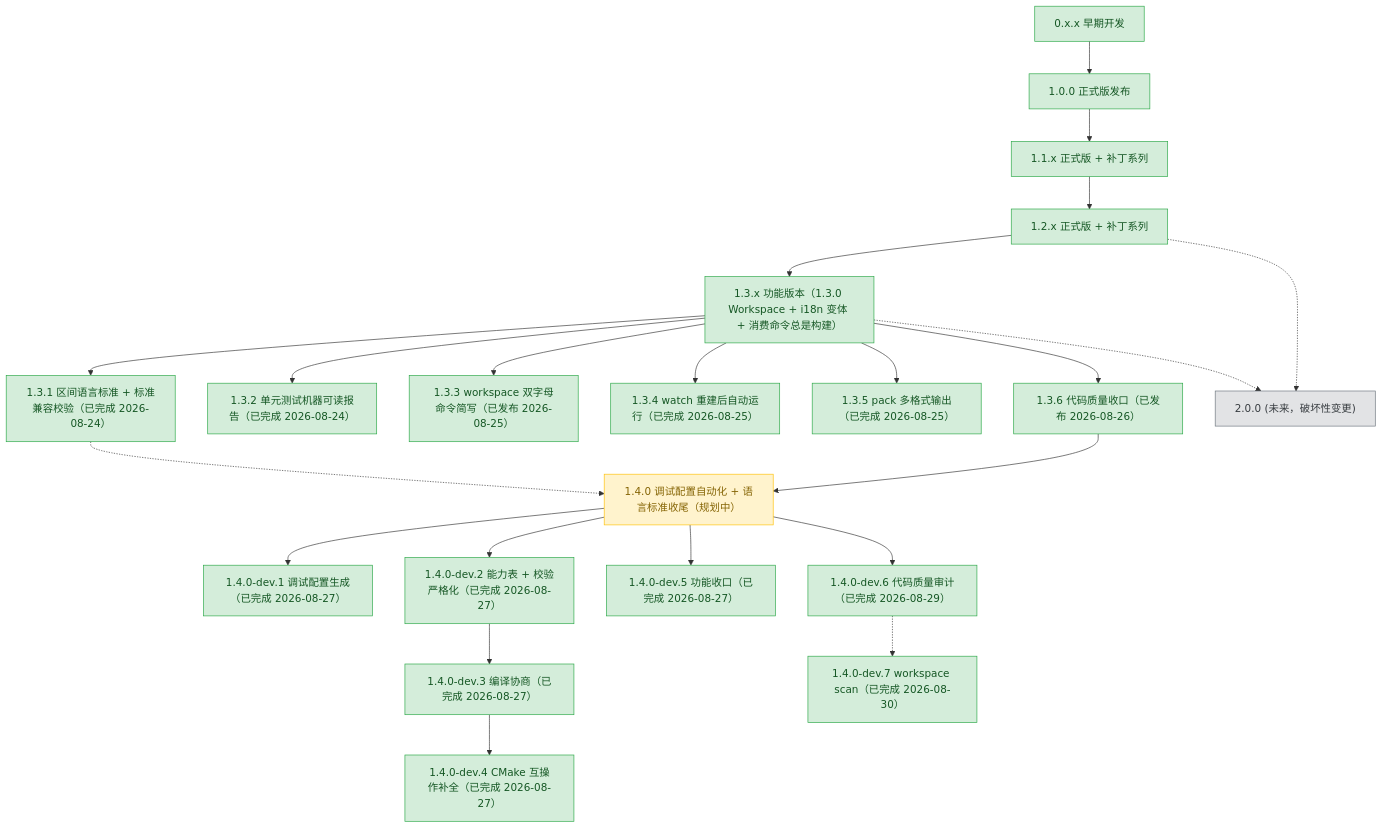
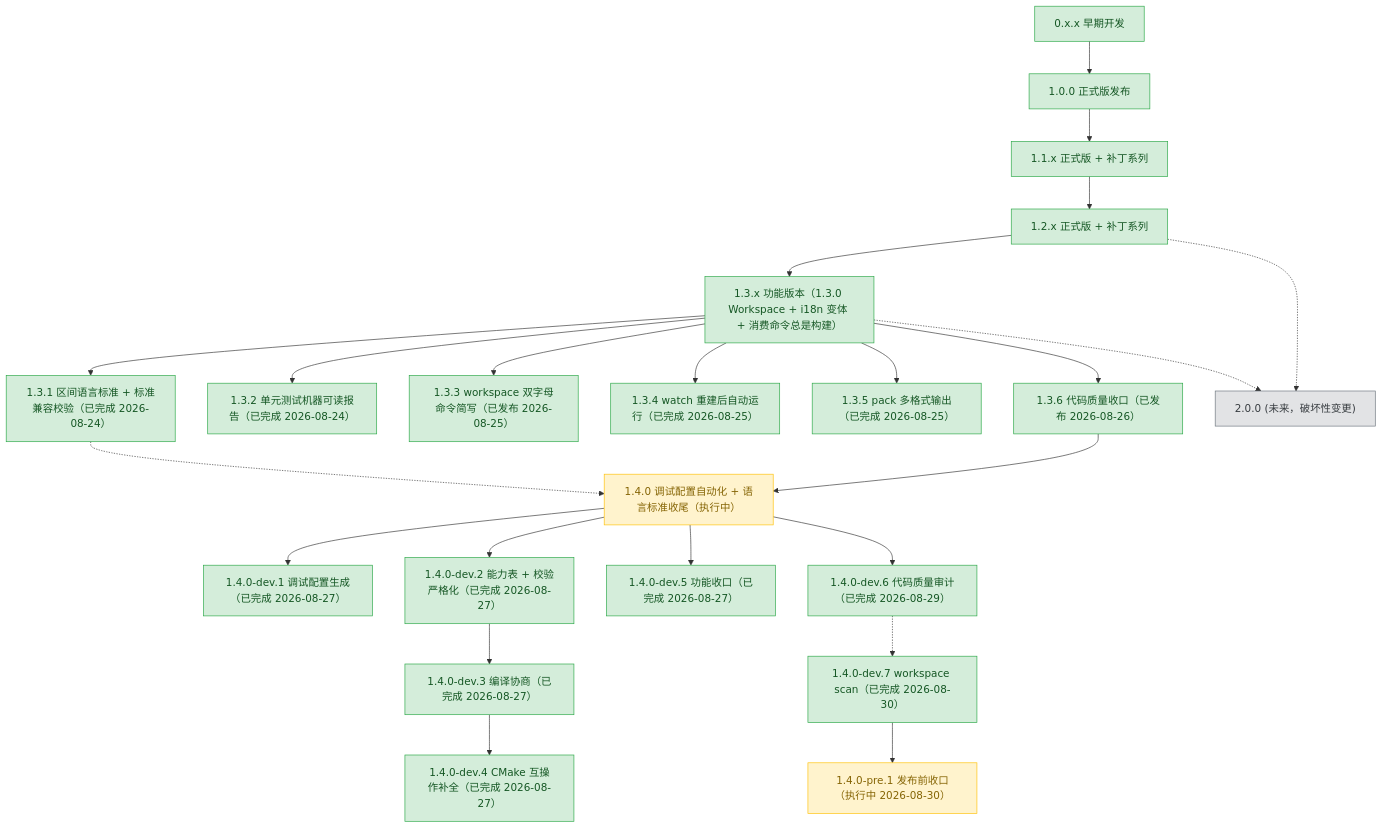
Before and after one commit to 3667808244/EazyMake: the diagram in plans/README.md, drawn with Mermaid. The commit also changed other lines of this file and 3 other files, not shown here.

````diff
--- a/plans/README.md
+++ b/plans/README.md
@@ -72,69 +72,72 @@
 ```mermaid
 graph TD
     v0xx["0.x.x 早期开发"]
     v100["1.0.0 正式版发布"]
     v11x["1.1.x 正式版 + 补丁系列"]
     v12x["1.2.x 正式版 + 补丁系列"]
     v13x["1.3.x 功能版本（1.3.0 Workspace + i18n 变体 + 消费命令总是构建）"]
     v131["1.3.1 区间语言标准 + 标准兼容校验（已完成 2026-08-24）"]
     v132["1.3.2 单元测试机器可读报告（已完成 2026-08-24）"]
     v133["1.3.3 workspace 双字母命令简写（已发布 2026-08-25）"]
     v134["1.3.4 watch 重建后自动运行（已完成 2026-08-25）"]
     v135["1.3.5 pack 多格式输出（已完成 2026-08-25）"]
     v136["1.3.6 代码质量收口（已发布 2026-08-26）"]
-    v140["1.4.0 调试配置自动化 + 语言标准收尾（规划中）"]
+    v140["1.4.0 调试配置自动化 + 语言标准收尾（执行中）"]
     v141["1.4.0-dev.1 调试配置生成（已完成 2026-08-27）"]
     v142["1.4.0-dev.2 能力表 + 校验严格化（已完成 2026-08-27）"]
     v143["1.4.0-dev.3 编译协商（已完成 2026-08-27）"]
     v144["1.4.0-dev.4 CMake 互操作补全（已完成 2026-08-27）"]
     v145["1.4.0-dev.5 功能收口（已完成 2026-08-27）"]
     v146["1.4.0-dev.6 代码质量审计（已完成 2026-08-29）"]
     v147["1.4.0-dev.7 workspace scan（已完成 2026-08-30）"]
+    v148["1.4.0-pre.1 发布前收口（执行中 2026-08-30）"]
     v200["2.0.0 (未来，破坏性变更)"]
 
     v0xx --> v100
     v100 --> v11x
     v11x --> v12x
     v12x --> v13x
     v13x --> v131
     v13x --> v132
     v13x --> v133
     v13x --> v134
     v13x --> v135
     v13x --> v136
     v136 --> v140
     v140 --> v141
     v140 --> v142
     v142 --> v143
     v143 --> v144
     v140 --> v145
     v140 --> v146
     v146 -.-> v147
+    v147 --> v148
     v131 -.-> v140
     v12x -.-> v200
     v13x -.-> v200
 
     classDef done fill:#d4edda,stroke:#28a745,color:#155724;
     classDef active fill:#fff3cd,stroke:#ffc107,color:#856404;
     classDef todo fill:#e2e3e5,stroke:#6c757d,color:#383d41;
 
     class v0xx,v100 done;
     class v11x done;
     class v12x done;
     class v13x done;
     class v131 done;
     class v132 done;
     class v133 done;
     class v134 done;
     class v135 done;
     class v136 done;
     class v140 active;
     class v141 done;
     class v142 done;
     class v143 done;
     class v144 done;
     class v145 done;
     class v146 done;
     class v147 done;
+    class v148 active;
     class v200 todo;
 ```
````
